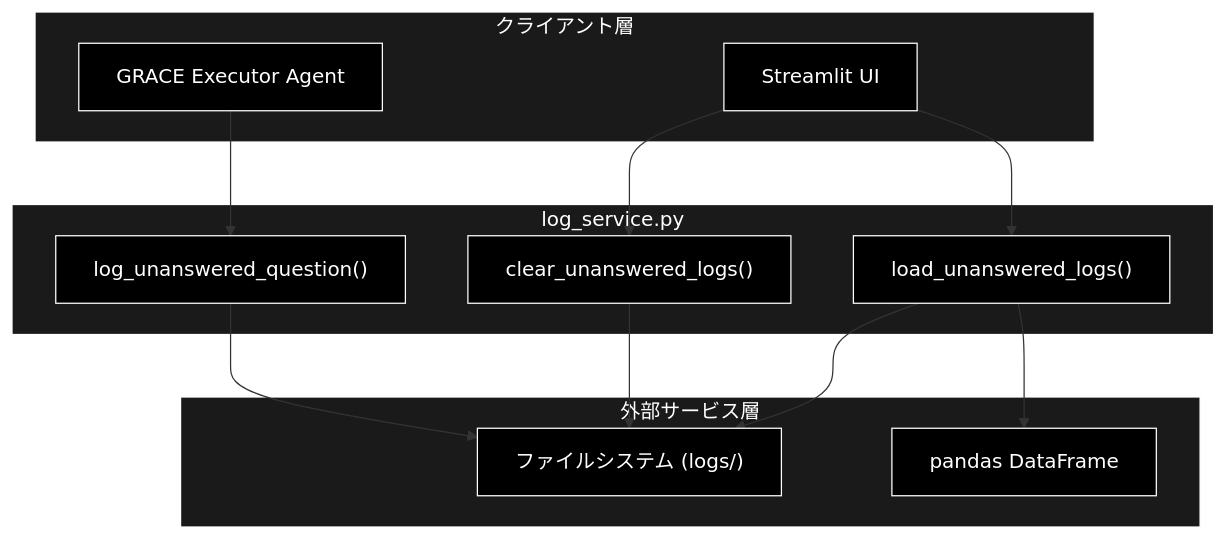
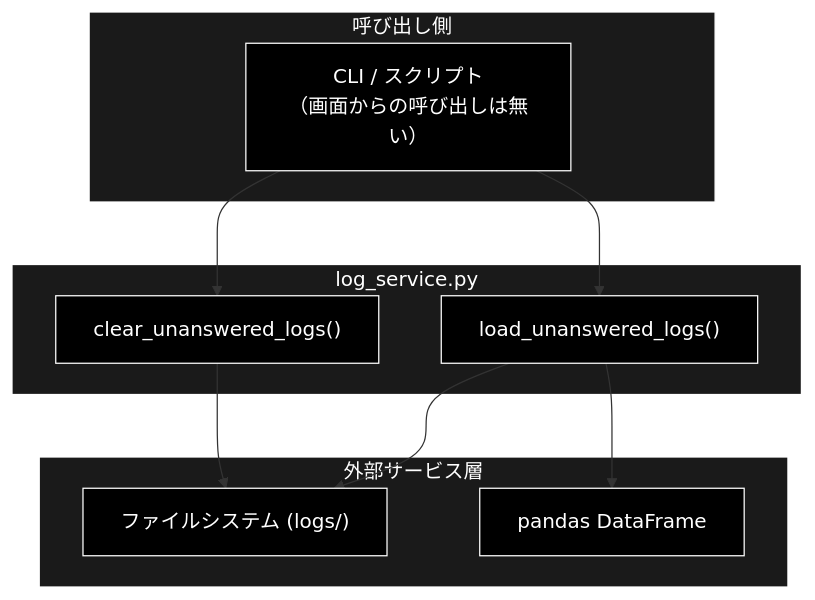
One commit to nakashima2toshio/grace_v2_local changed the first of 3 diagrams in services/docs/log_service.md. Above: the diagram before and after it, drawn with Mermaid. The commit also changed other lines of this file and 8 other files, not shown here.

First line of the commit message:
refactor: 呼び出し元の無くなった log_unanswered_question / generate_with_tools を削除

````diff
--- a/services/docs/log_service.md
+++ b/services/docs/log_service.md
@@ -60,32 +61,28 @@
 ```mermaid
 flowchart TB
-    subgraph CLIENT["クライアント層"]
-        AGENT["GRACE Executor Agent"]
-        UI["Streamlit UI"]
+    subgraph CLIENT["呼び出し側"]
+        CALLER["CLI / スクリプト<br>（画面からの呼び出しは無い）"]
     end
 
     subgraph MODULE["log_service.py"]
-        LOG["log_unanswered_question()"]
         LOAD["load_unanswered_logs()"]
         CLEAR["clear_unanswered_logs()"]
     end
 
     subgraph EXTERNAL["外部サービス層"]
         FS["ファイルシステム (logs/)"]
         PANDAS["pandas DataFrame"]
     end
 
-    AGENT --> LOG
-    UI --> LOAD
-    UI --> CLEAR
-    LOG --> FS
+    CALLER --> LOAD
+    CALLER --> CLEAR
     CLEAR --> FS
     LOAD --> FS
     LOAD --> PANDAS
 classDef default fill:#000,stroke:#fff,color:#fff
 classDef subgraphStyle fill:#1a1a1a,stroke:#fff,color:#fff
-class AGENT,UI,LOG,LOAD,CLEAR,FS,PANDAS default
+class CALLER,LOAD,CLEAR,FS,PANDAS default
 style CLIENT fill:#1a1a1a,stroke:#fff,color:#fff
 style MODULE fill:#1a1a1a,stroke:#fff,color:#fff
 style EXTERNAL fill:#1a1a1a,stroke:#fff,color:#fff
 ```
````
